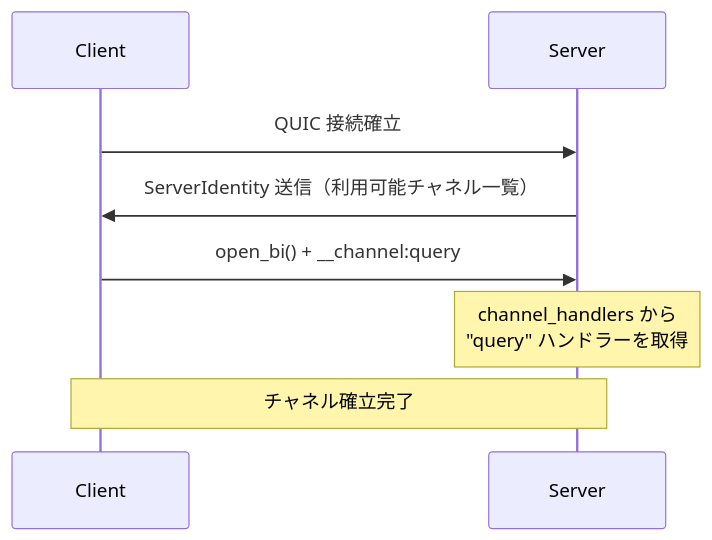
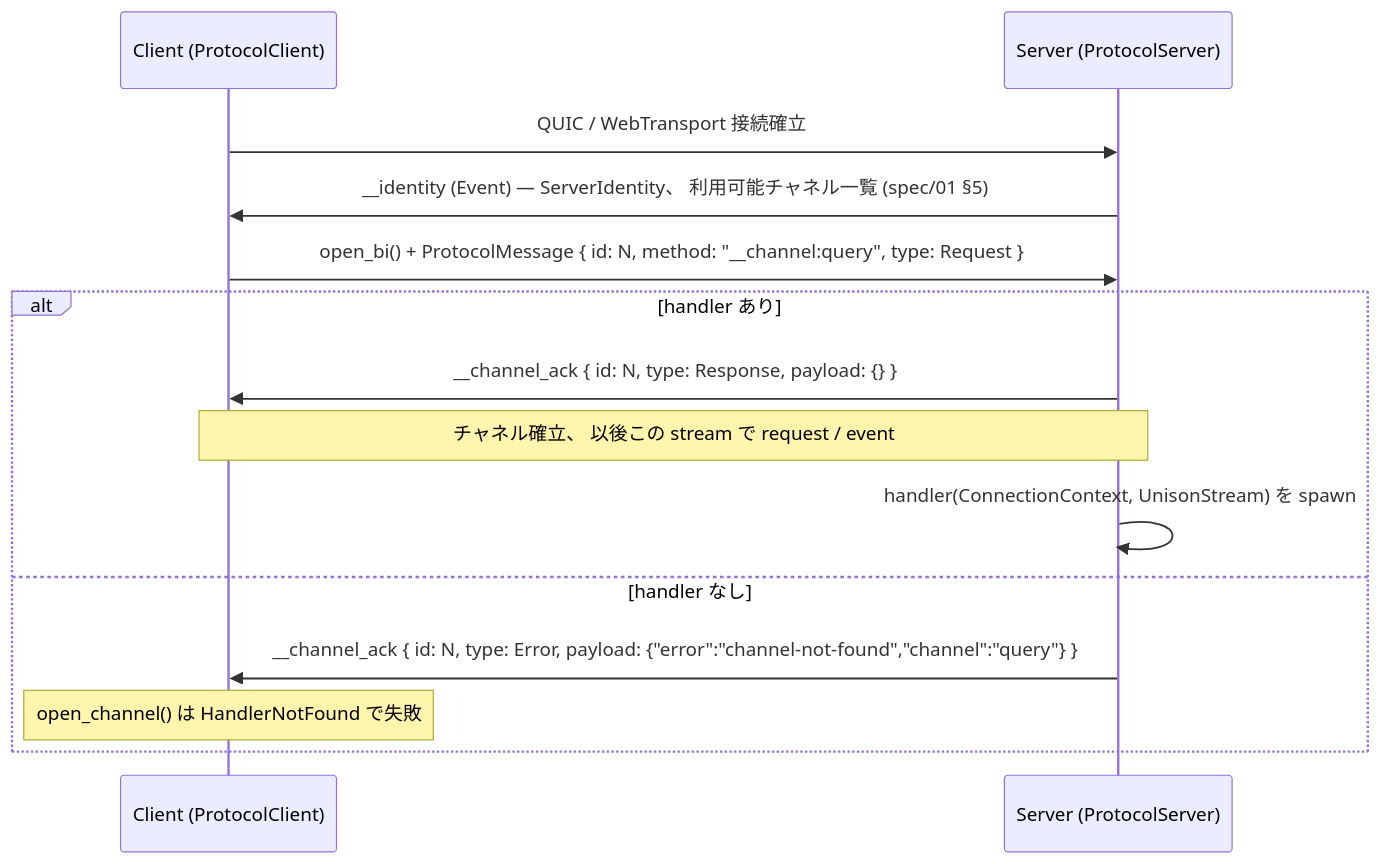
Before and after one commit to chronista-club/club-unison: the third of 6 diagrams in spec/02-unified-channel/SPEC.md, drawn with Mermaid. The commit also changed other lines of this file and 118 other files, not shown here.

````diff
--- a/spec/02-unified-channel/SPEC.md
+++ b/spec/02-unified-channel/SPEC.md
@@ -289,12 +327,18 @@
 ```mermaid
 sequenceDiagram
-    participant C as Client
-    participant S as Server
+    participant C as Client (ProtocolClient)
+    participant S as Server (ProtocolServer)
 
-    C->>S: QUIC 接続確立
-    S->>C: ServerIdentity 送信（利用可能チャネル一覧）
+    C->>S: QUIC / WebTransport 接続確立
+    S->>C: __identity (Event) — ServerIdentity、 利用可能チャネル一覧 (spec/01 §5)
 
-    C->>S: open_bi() + __channel:query
-    Note over S: channel_handlers から<br/>"query" ハンドラーを取得
-    Note over C,S: チャネル確立完了
+    C->>S: open_bi() + ProtocolMessage { id: N, method: "__channel:query", type: Request }
+    alt handler あり
+        S->>C: __channel_ack { id: N, type: Response, payload: {} }
+        Note over C,S: チャネル確立、 以後この stream で request / event
+        S->>S: handler(ConnectionContext, UnisonStream) を spawn
+    else handler なし
+        S->>C: __channel_ack { id: N, type: Error, payload: {"error":"channel-not-found","channel":"query"} }
+        Note over C: open_channel() は HandlerNotFound で失敗
+    end
 ```
````
